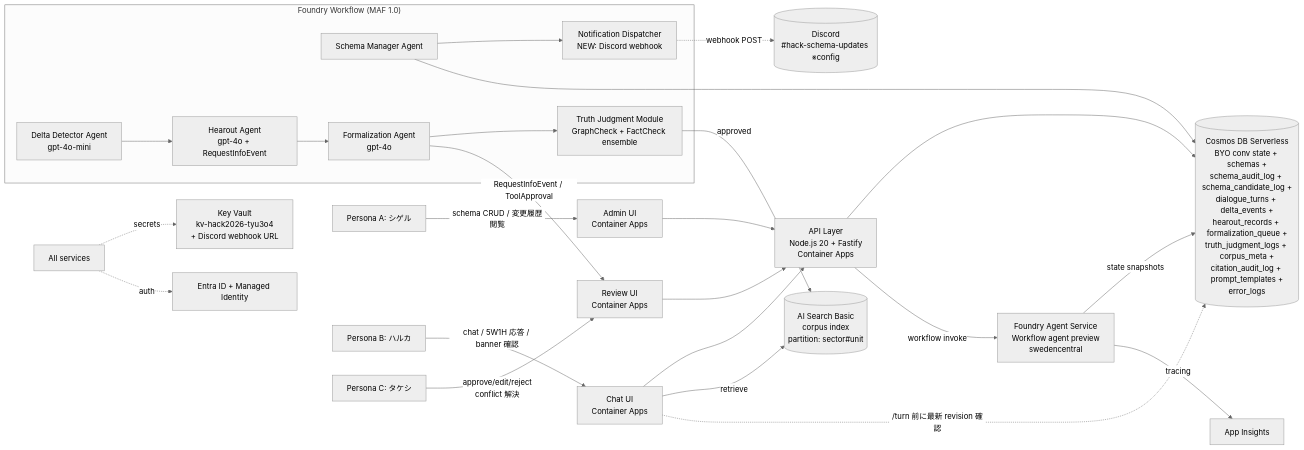
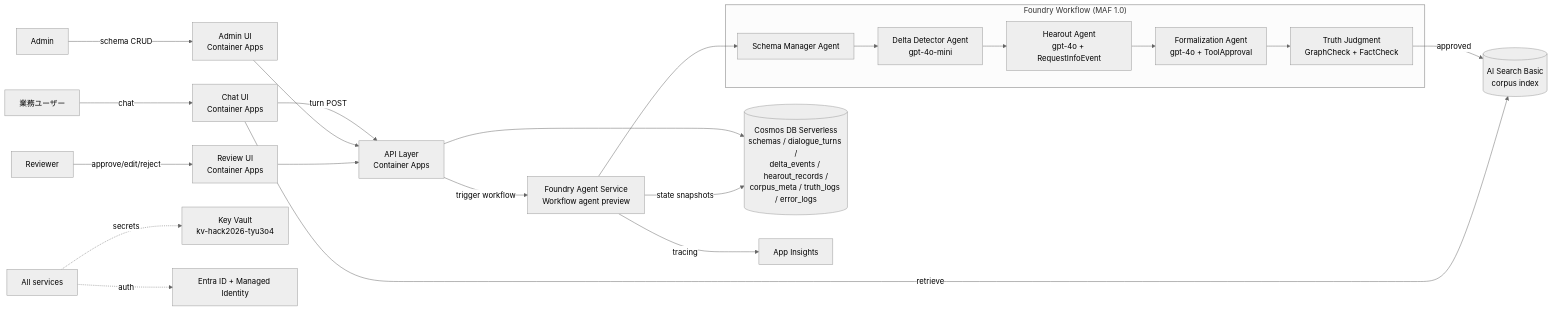
The first of 4 diagrams in .kiro/specs/dialogue-delta-formalization/design.md (aiclub-labs/zenn-hack2026), drawn with Mermaid (neutral theme) before and after one commit. The commit also changed other lines of this file and 28 other files, not shown here.

````diff
--- a/.kiro/specs/dialogue-delta-formalization/design.md
+++ b/.kiro/specs/dialogue-delta-formalization/design.md
@@ -74,39 +31,31 @@
 ```mermaid
 flowchart LR
-    Admin[Persona A: シゲル] -->|schema CRUD / 変更履歴閲覧| AdminUI[Admin UI<br/>Container Apps]
-    User[Persona B: ハルカ] -->|chat / 5W1H 応答 / banner 確認| ChatUI[Chat UI<br/>Container Apps]
-    Reviewer[Persona C: タケシ] -->|approve/edit/reject<br/>conflict 解決| ReviewUI[Review UI<br/>Container Apps]
+    User[業務ユーザー] -->|chat| ChatUI[Chat UI<br/>Container Apps]
+    Admin[Admin] -->|schema CRUD| AdminUI[Admin UI<br/>Container Apps]
+    Reviewer[Reviewer] -->|approve/edit/reject| ReviewUI[Review UI<br/>Container Apps]
 
+    ChatUI -->|turn POST| API[API Layer<br/>Container Apps]
     AdminUI --> API
-    ChatUI --> API
     ReviewUI --> API
 
-    API[API Layer<br/>Node.js 20 + Fastify<br/>Container Apps] --> Cosmos[(Cosmos DB Serverless<br/>BYO conv state + schemas +<br/>schema_audit_log + schema_candidate_log +<br/>dialogue_turns + delta_events +<br/>hearout_records + formalization_queue +<br/>truth_judgment_logs + corpus_meta +<br/>citation_audit_log + prompt_templates +<br/>error_logs)]
+    API --> Cosmos[(Cosmos DB Serverless<br/>schemas / dialogue_turns /<br/>delta_events / hearout_records /<br/>corpus_meta / truth_logs / error_logs)]
 
-    API -->|workflow invoke| Foundry[Foundry Agent Service<br/>Workflow agent preview<br/>swedencentral]
+    API -->|trigger workflow| Foundry[Foundry Agent Service<br/>Workflow agent preview]
 
     subgraph "Foundry Workflow (MAF 1.0)"
         SM[Schema Manager Agent]
         DD[Delta Detector Agent<br/>gpt-4o-mini]
         HO[Hearout Agent<br/>gpt-4o + RequestInfoEvent]
-        FM[Formalization Agent<br/>gpt-4o]
-        TJ[Truth Judgment Module<br/>GraphCheck + FactCheck ensemble]
-        ND[Notification Dispatcher<br/>NEW: Discord webhook]
+        FM[Formalization Agent<br/>gpt-4o + ToolApproval]
+        TJ[Truth Judgment<br/>GraphCheck + FactCheck]
     end
 
-    SM --> ND
-    SM --> Cosmos
-    DD --> HO --> FM --> TJ
-    FM -->|RequestInfoEvent / ToolApproval| ReviewUI
-    TJ -->|approved| Search[(AI Search Basic<br/>corpus index<br/>partition: sector#unit)]
+    Foundry --> SM --> DD --> HO --> FM --> TJ
+    TJ -->|approved| Search[(AI Search Basic<br/>corpus index)]
+    Foundry -->|state snapshots| Cosmos
+    Foundry -->|tracing| AppInsights[App Insights]
 
     ChatUI -->|retrieve| Search
-    ChatUI -.->|/turn 前に最新 revision 確認| Cosmos
-
-    Foundry -->|state snapshots| Cosmos
-    Foundry -->|tracing| AppInsights[App Insights]
-    ND -.->|webhook POST| Discord[(Discord<br/>#hack-schema-updates ※config)]
-
-    All[All services] -.->|secrets| KV[Key Vault<br/>kv-hack2026-tyu3o4<br/>+ Discord webhook URL]
+    All[All services] -.->|secrets| KV[Key Vault<br/>kv-hack2026-tyu3o4]
     All -.->|auth| Entra[Entra ID + Managed Identity]
 ```
````
